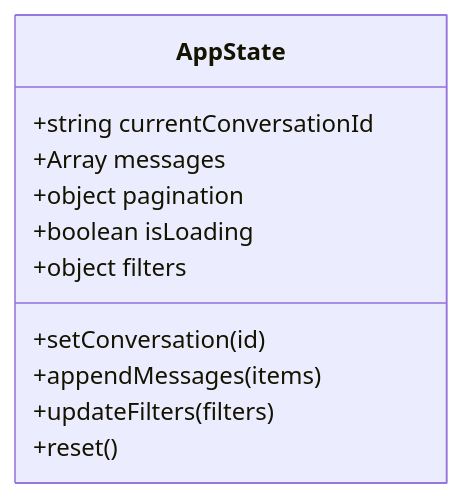
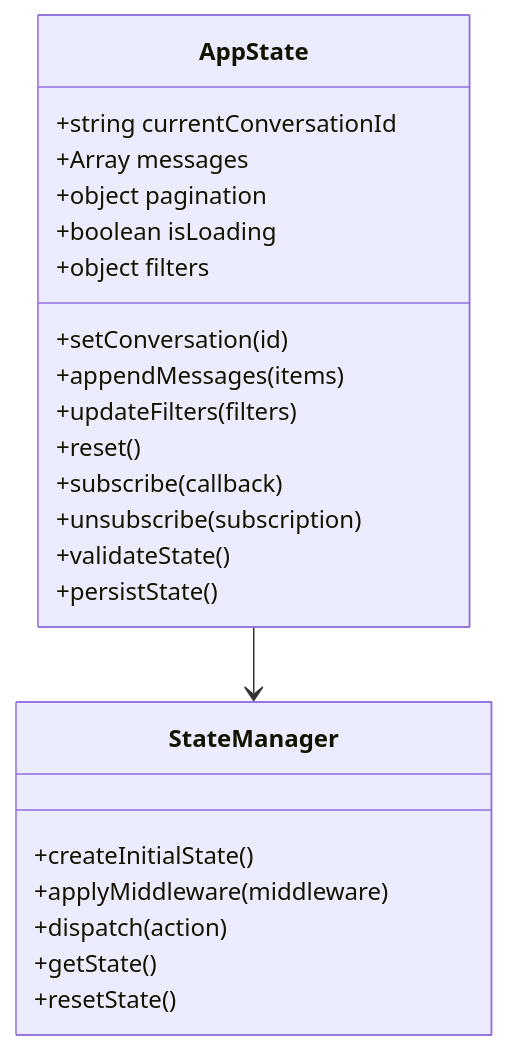
Before and after one commit to zuohaisu/wecom-archive: the fifth of 15 diagrams in .qoder/repowiki/en/content/Web Application/Client-Side Architecture.md, drawn with Mermaid. The commit also changed other lines of this file and 95 other files, not shown here.

````diff
--- a/.qoder/repowiki/en/content/Web Application/Client-Side Architecture.md
+++ b/.qoder/repowiki/en/content/Web Application/Client-Side Architecture.md
@@ -232,14 +259,26 @@
 ```mermaid
 classDiagram
 class AppState {
 +string currentConversationId
 +Array messages
 +object pagination
 +boolean isLoading
 +object filters
 +setConversation(id)
 +appendMessages(items)
 +updateFilters(filters)
 +reset()
++subscribe(callback)
++unsubscribe(subscription)
++validateState()
++persistState()
 }
+class StateManager {
++createInitialState()
++applyMiddleware(middleware)
++dispatch(action)
++getState()
++resetState()
+}
+AppState --> StateManager
 ```
````
